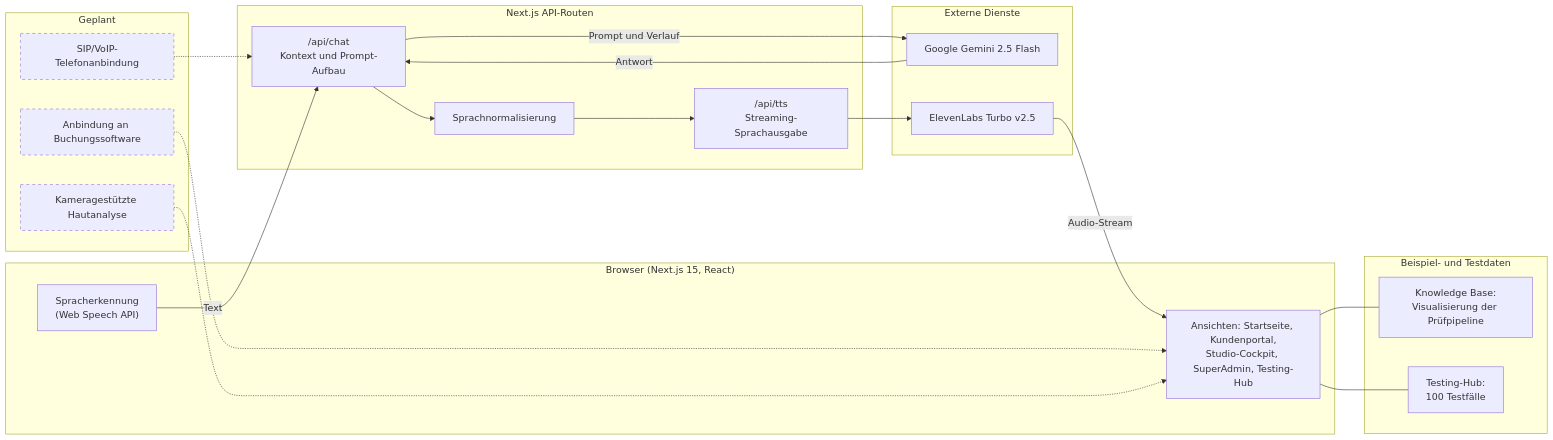
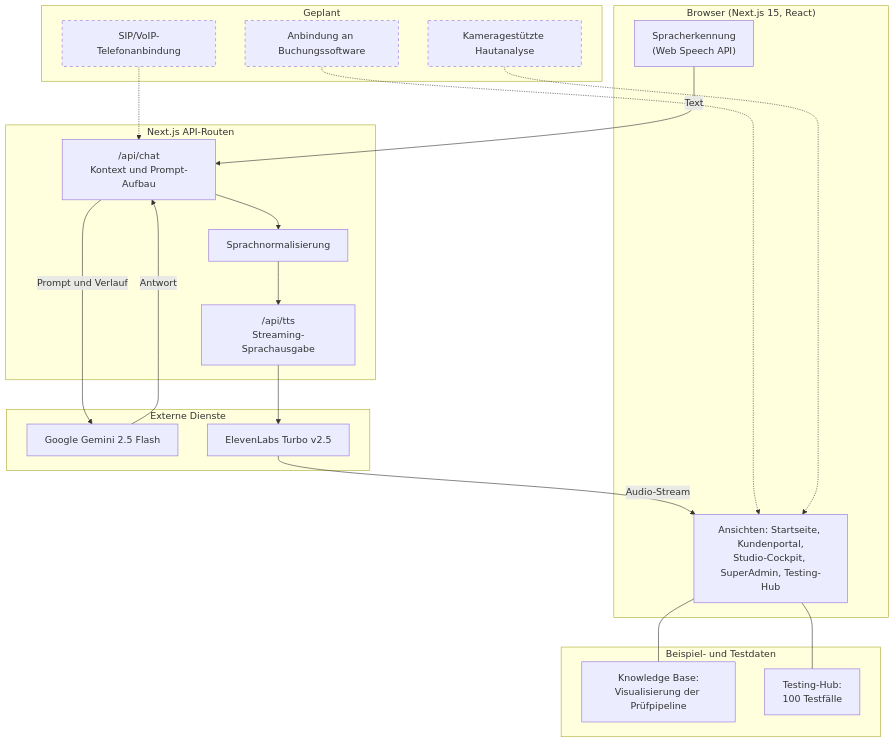
Before and after one commit to Roxylein/stefanie-wolf-portfolio: the diagram in smartdesk-cosmetics/README.md, drawn with Mermaid. The commit also changed other lines of this file, not shown here.

````diff
--- a/smartdesk-cosmetics/README.md
+++ b/smartdesk-cosmetics/README.md
@@ -78,44 +78,44 @@
 ```mermaid
-flowchart LR
+flowchart TB
     subgraph CLIENT["Browser (Next.js 15, React)"]
         STT["Spracherkennung<br>(Web Speech API)"]
         UI["Ansichten: Startseite, Kundenportal,<br>Studio-Cockpit, SuperAdmin, Testing-Hub"]
     end
 
     subgraph SERVER["Next.js API-Routen"]
         CHAT["/api/chat<br>Kontext und Prompt-Aufbau"]
         NORM["Sprachnormalisierung"]
         TTS["/api/tts<br>Streaming-Sprachausgabe"]
     end
 
     subgraph EXT["Externe Dienste"]
         GEM["Google Gemini 2.5 Flash"]
         ELE["ElevenLabs Turbo v2.5"]
     end
 
     subgraph DATA["Beispiel- und Testdaten"]
         KB["Knowledge Base:<br>Visualisierung der Prüfpipeline"]
         TEST["Testing-Hub:<br>100 Testfälle"]
     end
 
     subgraph PLAN["Geplant"]
         SIP["SIP/VoIP-Telefonanbindung"]
         CAL["Anbindung an Buchungssoftware"]
         SKIN["Kameragestützte Hautanalyse"]
     end
 
     STT -->|"Text"| CHAT
     CHAT -->|"Prompt und Verlauf"| GEM
     GEM -->|"Antwort"| CHAT
     CHAT --> NORM --> TTS
     TTS --> ELE
     ELE -->|"Audio-Stream"| UI
     UI --- KB
     UI --- TEST
     SIP -.-> CHAT
     CAL -.-> UI
     SKIN -.-> UI
 
     classDef planned stroke-dasharray: 5 5;
     class SIP,CAL,SKIN planned;
 ```
````
